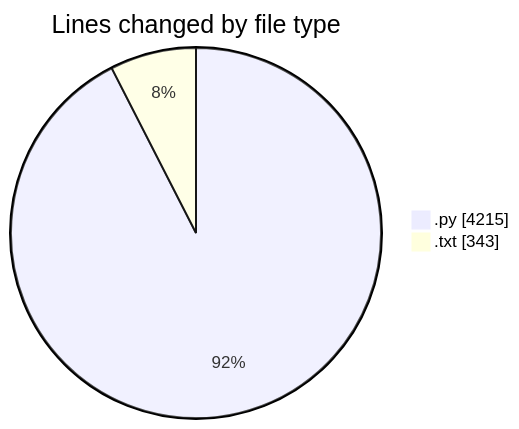
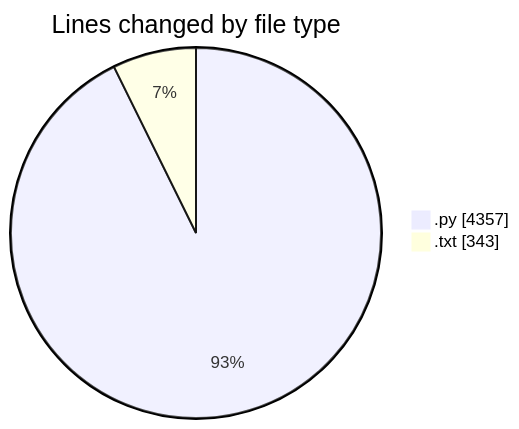
The first of 2 diagrams in 2025-05-26/zip_file/README.md (Ritupan-Deka/code-tracking), drawn with Mermaid before and after one commit. The commit also changed other lines of this file and 1 other file, not shown here.

````diff
--- a/2025-05-26/zip_file/README.md
+++ b/2025-05-26/zip_file/README.md
@@ -35,6 +35,6 @@
 ```mermaid
 pie showData
 title Lines changed by file type
-".py" : 4215
+".py" : 4357
 ".txt" : 343
 ```
````
